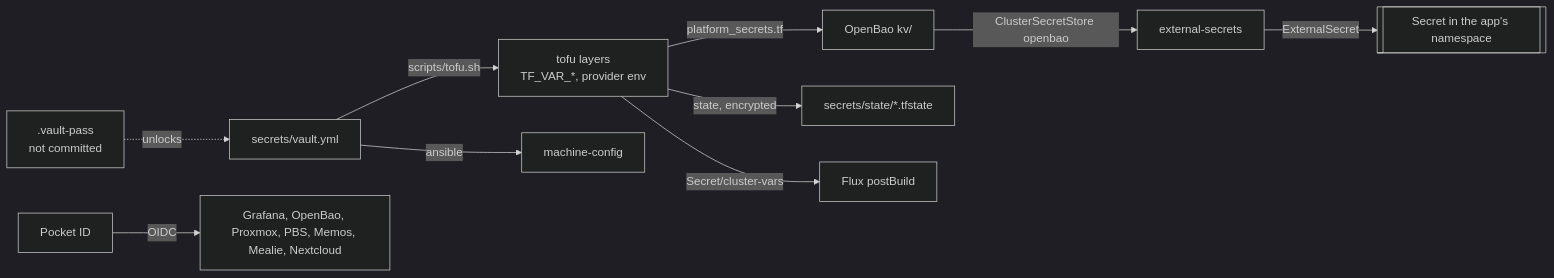
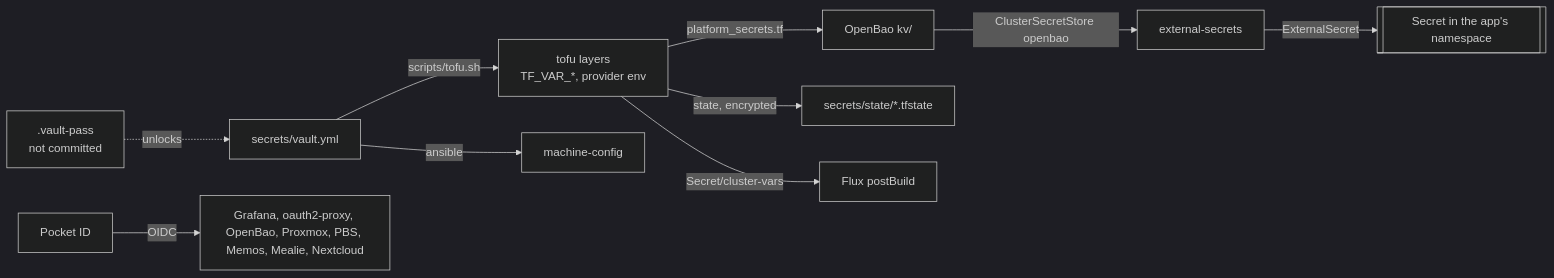
Before and after one commit to Sojamann/homelab: the diagram in docs/src/access.md, drawn with Mermaid (dark theme). The commit also changed other lines of this file and 17 other files, not shown here.

````diff
--- a/docs/src/access.md
+++ b/docs/src/access.md
@@ -13,12 +13,12 @@
 ```mermaid
 graph LR
   VP[".vault-pass<br/>not committed"] -.->|unlocks| V["secrets/vault.yml"]
   V -->|scripts/tofu.sh| L["tofu layers<br/>TF_VAR_*, provider env"]
   V -->|ansible| MC["machine-config"]
   L -->|platform_secrets.tf| BAO["OpenBao kv/"]
   L -->|state, encrypted| ST["secrets/state/*.tfstate"]
   L -->|Secret/cluster-vars| FLUX["Flux postBuild"]
   BAO -->|ClusterSecretStore openbao| ESO["external-secrets"]
   ESO -->|ExternalSecret| S[["Secret in the app's namespace"]]
-  PID["Pocket ID"] -->|OIDC| PEOPLE["Grafana, OpenBao, Proxmox, PBS, Memos, Mealie, Nextcloud"]
+  PID["Pocket ID"] -->|OIDC| PEOPLE["Grafana, oauth2-proxy, OpenBao, Proxmox, PBS, Memos, Mealie, Nextcloud"]
 ```
````
